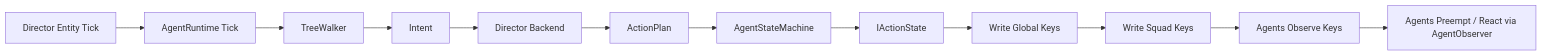
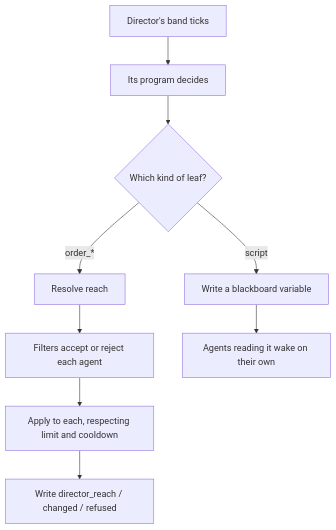
One commit to jabbadablack/G.O.A.T changed the diagram in Docs/01 - Architecture/Director AI.md. Above: the diagram before and after it, drawn with Mermaid. The commit also changed other lines of this file and 7 other files, not shown here.

````diff
--- a/Docs/01 - Architecture/Director AI.md
+++ b/Docs/01 - Architecture/Director AI.md
@@ -109,14 +168,11 @@
 ```mermaid
-flowchart LR
-    A[Director Entity Tick] --> B[AgentRuntime Tick]
-    B --> C[TreeWalker]
-    C --> D[Intent]
-    D --> E[Director Backend]
-    E --> F[ActionPlan]
-    F --> G[AgentStateMachine]
-    G --> H[IActionState]
-    H --> I[Write Global Keys]
-    I --> J[Write Squad Keys]
-    J --> K[Agents Observe Keys]
-    K --> L[Agents Preempt / React via AgentObserver]
+flowchart TD
+    A[Director's band ticks] --> B[Its program decides]
+    B --> C{Which kind of leaf?}
+    C -->|order_*| D[Resolve reach]
+    D --> E[Filters accept or reject each agent]
+    E --> F[Apply to each, respecting limit and cooldown]
+    F --> G[Write director_reach / changed / refused]
+    C -->|script| H[Write a blackboard variable]
+    H --> I[Agents reading it wake on their own]
 ```
````
